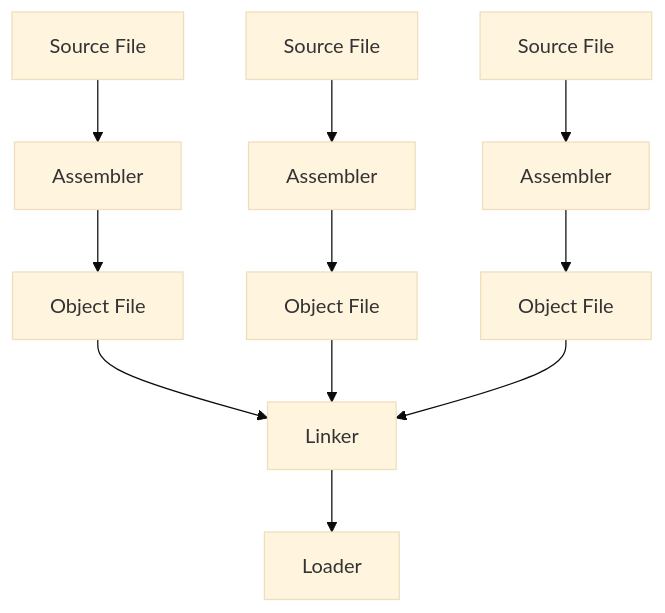
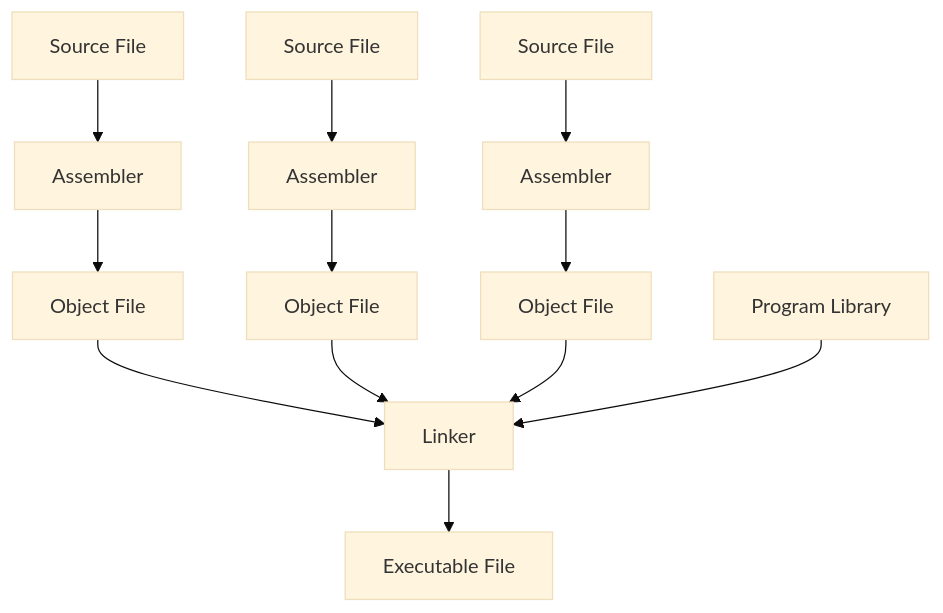
One commit to nayasinghania/sjsu-notes changed the diagram in Spring 2025/CS 47/4 - Assembler, Linker, Loader.md. Above: the diagram before and after it, drawn with Mermaid (base theme). The commit also changed other lines of this file and 5 other files, not shown here.

````diff
--- a/Spring 2025/CS 47/4 - Assembler, Linker, Loader.md
+++ b/Spring 2025/CS 47/4 - Assembler, Linker, Loader.md
@@ -1,10 +1,11 @@
 ```mermaid 
 graph
 1[Source File] --> 2[Assembler] --> 3[Object File]
 4[Source File] --> 5[Assembler] --> 6[Object File]
 7[Source File] --> 8[Assembler] --> 9[Object File]
 3 --> 11[Linker]
 6 --> 11
 9 --> 11
-11 --> 12[Loader]
+12[Program Library] --> 11
+11 --> 13[Executable File]
 ```
````
